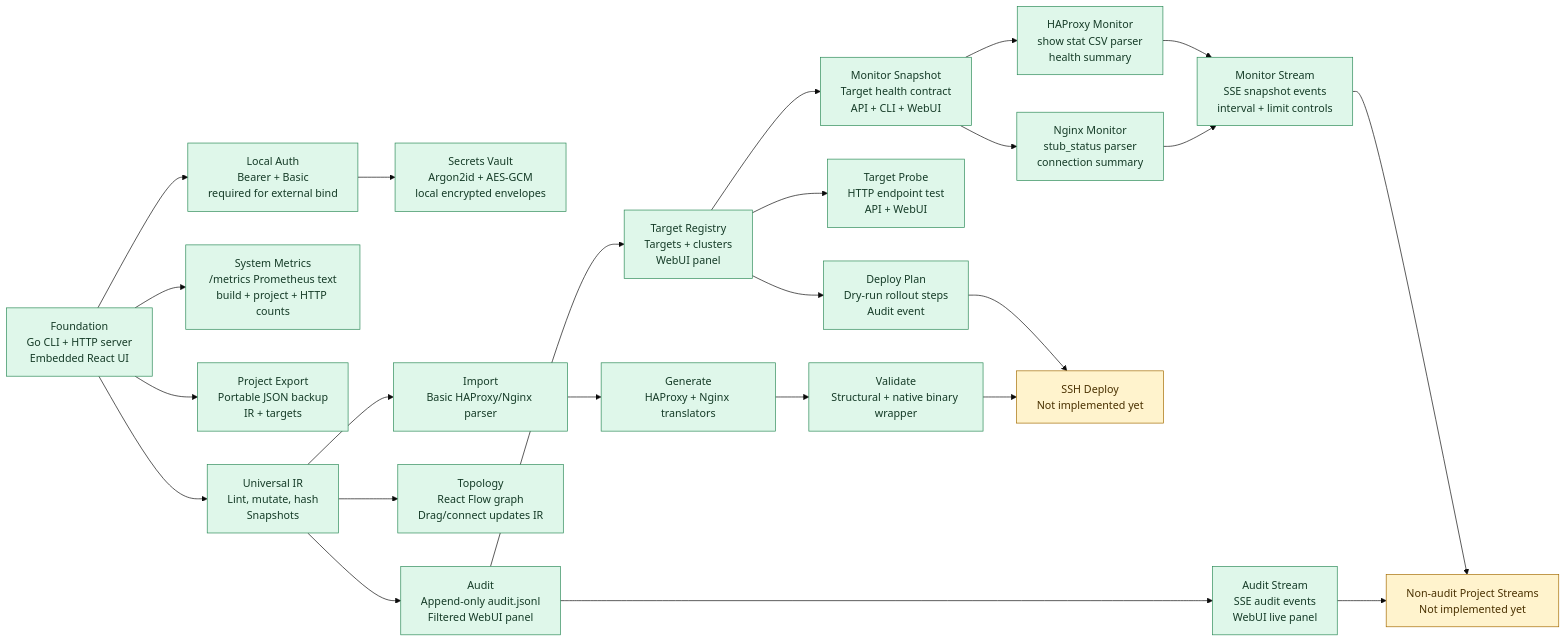
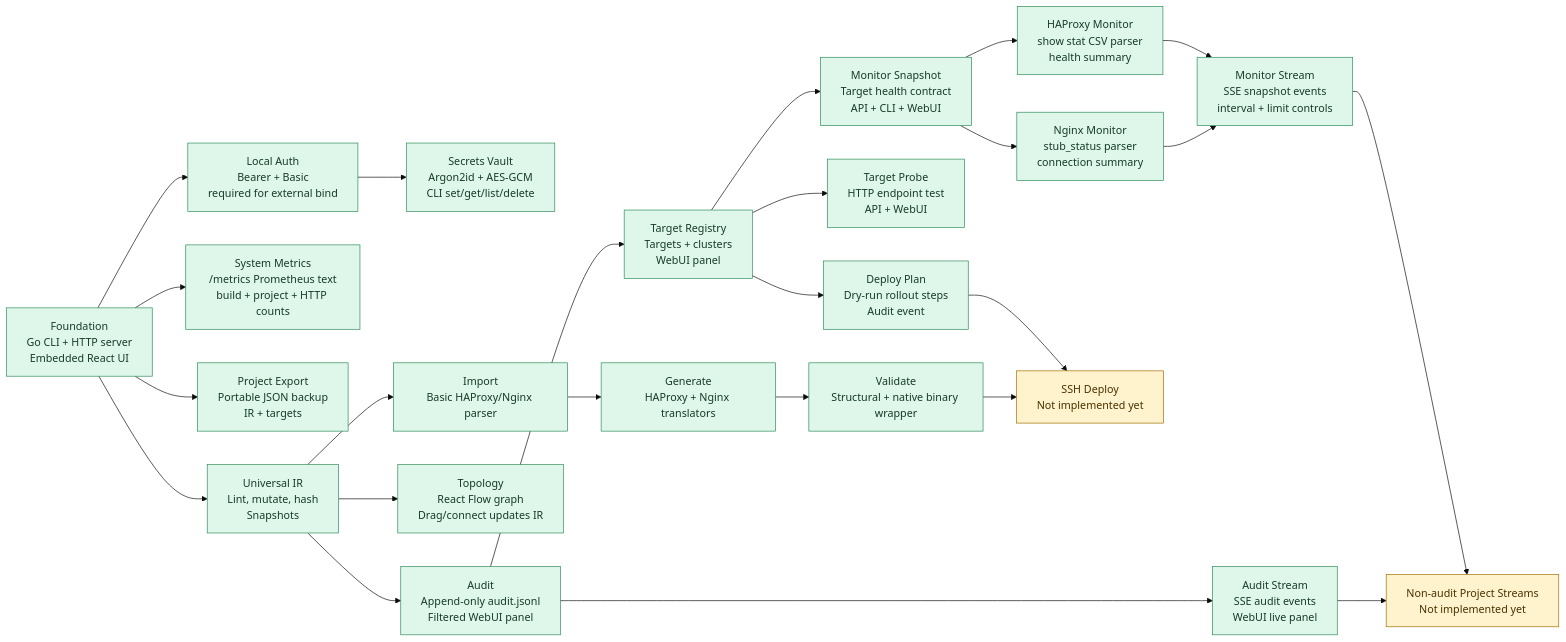
The first of 19 diagrams in ARCHITECTURE.md (ersinkoc/Mizan), drawn with Mermaid (base theme) before and after one commit. The commit also changed other lines of this file and 6 other files, not shown here.

````diff
--- a/ARCHITECTURE.md
+++ b/ARCHITECTURE.md
@@ -7,48 +7,48 @@
 ```mermaid
 flowchart LR
   Foundation["Foundation\nGo CLI + HTTP server\nEmbedded React UI"]:::done
   Auth["Local Auth\nBearer + Basic\nrequired for external bind"]:::done
-  Secrets["Secrets Vault\nArgon2id + AES-GCM\nlocal encrypted envelopes"]:::done
+  Secrets["Secrets Vault\nArgon2id + AES-GCM\nCLI set/get/list/delete"]:::done
   Metrics["System Metrics\n/metrics Prometheus text\nbuild + project + HTTP counts"]:::done
   ProjectExport["Project Export\nPortable JSON backup\nIR + targets"]:::done
   IR["Universal IR\nLint, mutate, hash\nSnapshots"]:::done
   Import["Import\nBasic HAProxy/Nginx parser"]:::done
   Generate["Generate\nHAProxy + Nginx translators"]:::done
   Validate["Validate\nStructural + native binary wrapper"]:::done
   Topology["Topology\nReact Flow graph\nDrag/connect updates IR"]:::done
   Audit["Audit\nAppend-only audit.jsonl\nFiltered WebUI panel"]:::done
   AuditStream["Audit Stream\nSSE audit events\nWebUI live panel"]:::done
   Targets["Target Registry\nTargets + clusters\nWebUI panel"]:::done
   TargetProbe["Target Probe\nHTTP endpoint test\nAPI + WebUI"]:::done
   DeployPlan["Deploy Plan\nDry-run rollout steps\nAudit event"]:::done
   MonitorBase["Monitor Snapshot\nTarget health contract\nAPI + CLI + WebUI"]:::done
   HAProxyMonitor["HAProxy Monitor\nshow stat CSV parser\nhealth summary"]:::done
   NginxMonitor["Nginx Monitor\nstub_status parser\nconnection summary"]:::done
   MonitorStream["Monitor Stream\nSSE snapshot events\ninterval + limit controls"]:::done
   Deploy["SSH Deploy\nNot implemented yet"]:::todo
   ProjectStream["Non-audit Project Streams\nNot implemented yet"]:::todo
 
   Foundation --> Auth
   Auth --> Secrets
   Foundation --> Metrics
   Foundation --> ProjectExport
   Foundation --> IR --> Import --> Generate --> Validate
   IR --> Topology
   IR --> Audit
   Audit --> AuditStream
   Audit --> Targets
   Targets --> TargetProbe
   Targets --> DeployPlan
   DeployPlan --> Deploy
   Validate --> Deploy
   Targets --> MonitorBase
   MonitorBase --> HAProxyMonitor
   MonitorBase --> NginxMonitor
   HAProxyMonitor --> MonitorStream
   NginxMonitor --> MonitorStream
   MonitorStream --> ProjectStream
   AuditStream --> ProjectStream
 
   classDef done fill:#dff7ea,stroke:#2b8a57,color:#153b27;
   classDef todo fill:#fff3cd,stroke:#a36b00,color:#4a3100;
 ```
````
